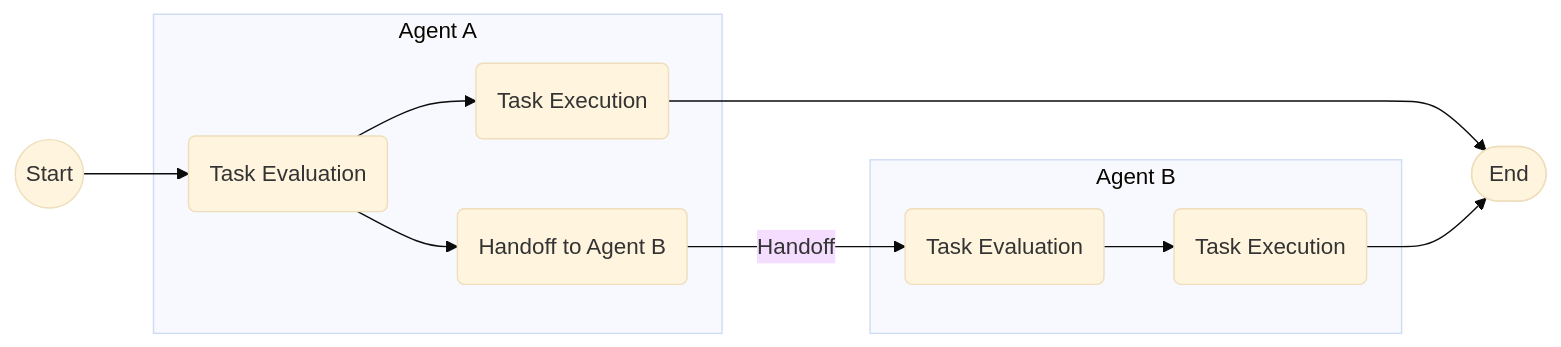
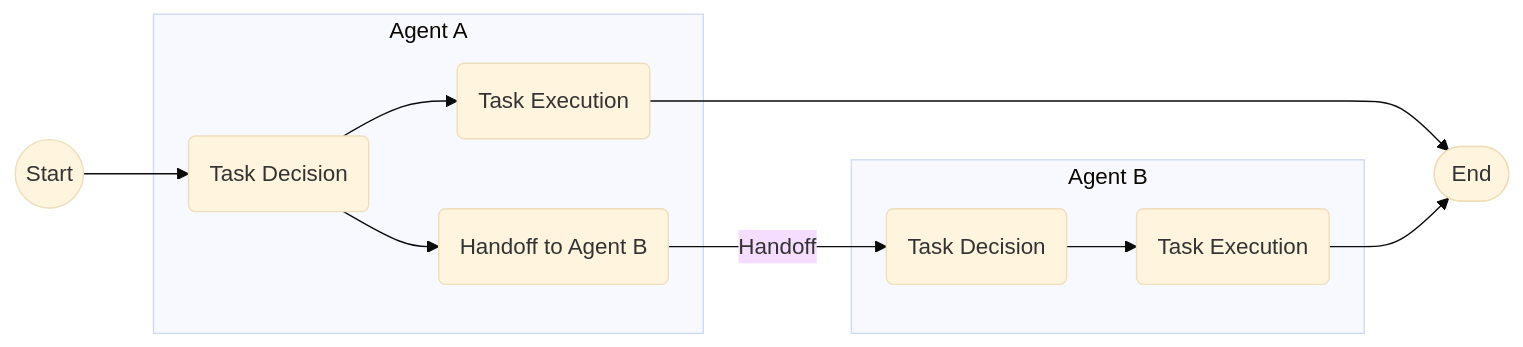
One commit to mamezou-tech/mamezou-tech-site changed the first of 3 diagrams in src/en/posts/blogs/2024/1204_openai-swarm-multi-agent-intro.md. Above: the diagram before and after it, drawn with Mermaid (base theme). The commit also changed other lines of this file and 3 other files, not shown here.

````diff
--- a/src/en/posts/blogs/2024/1204_openai-swarm-multi-agent-intro.md
+++ b/src/en/posts/blogs/2024/1204_openai-swarm-multi-agent-intro.md
@@ -81,14 +88,14 @@
 ```mermaid
 flowchart LR
     Start@{ shape: circle, label: "Start" } --> ThinkA
     subgraph Agent A
-        ThinkA(Task Evaluation) --> TaskA(Task Execution)    
+        ThinkA(Task Decision) --> TaskA(Task Execution)    
         ThinkA --> Handoff(Handoff to Agent B)
     end
     subgraph Agent B
-        ThinkB(Task Evaluation) --> TaskB(Task Execution)
+        ThinkB(Task Decision) --> TaskB(Task Execution)
     end
     Handoff -->|Handoff| ThinkB
     TaskA --> End@{ shape: stadium, label: "End"}
     TaskB --> End
 ```
````
